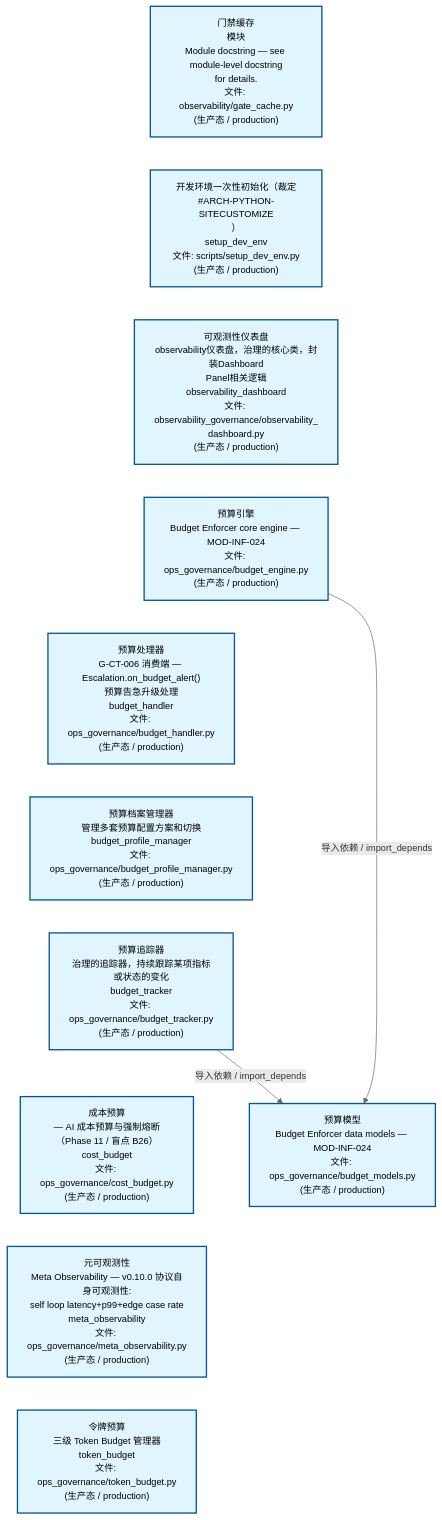
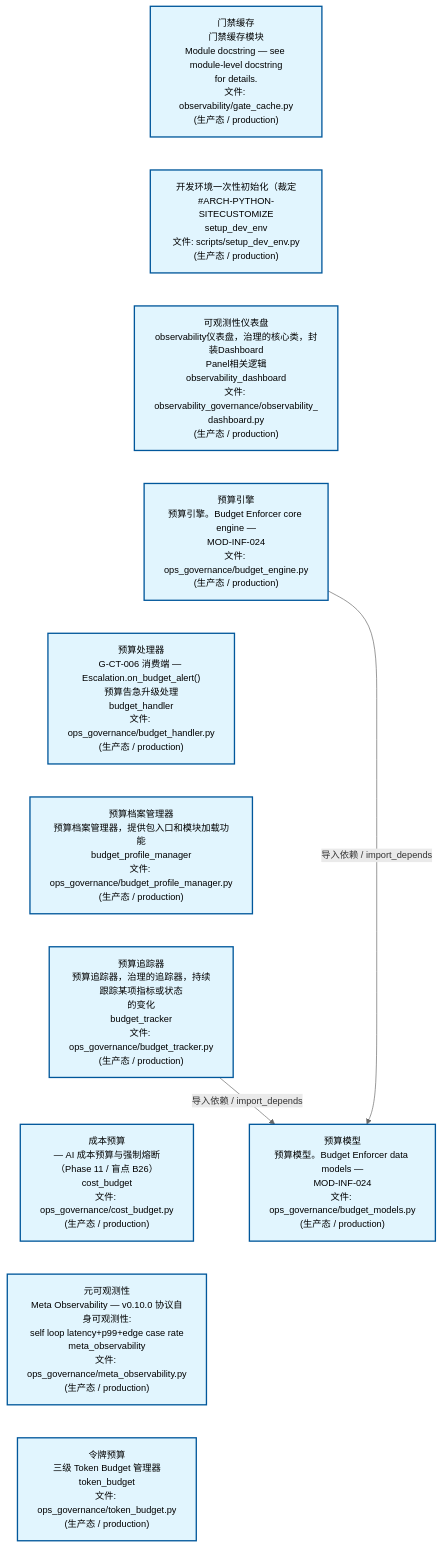
The second of 3 diagrams in docs/02_enterprise_architecture/02_domain_architecture_docs/24_d_ops.md (xuanFelixVan/ZephyrAlpha), drawn with Mermaid before and after one commit. The commit also changed other lines of this file and 63 other files, not shown here.

````diff
--- a/docs/02_enterprise_architecture/02_domain_architecture_docs/24_d_ops.md
+++ b/docs/02_enterprise_architecture/02_domain_architecture_docs/24_d_ops.md
@@ -125,31 +125,31 @@
 ```mermaid
 %%{init: {'theme': 'base', 'themeVariables': {'primaryColor': '#eaeaea', 'primaryTextColor': '#333333', 'primaryBorderColor': '#666666', 'lineColor': '#666666', 'secondaryColor': '#eaeaea', 'tertiaryColor': '#eaeaea', 'fontSize': '14px'}}}%%
 flowchart TD
-    scripts_governance_observability_gate_cache_py["门禁缓存<br/>模块<br/>Module docstring — see module-level docstring<br/>for details.<br/>文件: observability/gate_cache.py<br/>(生产态 / production)"]
-    scripts_setup_dev_env_py["开发环境一次性初始化（裁定<br/>#ARCH-PYTHON-SITECUSTOMIZE<br/>）<br/>setup_dev_env<br/>文件: scripts/setup_dev_env.py<br/>(生产态 / production)"]
+    scripts_governance_observability_gate_cache_py["门禁缓存<br/>门禁缓存模块<br/>Module docstring — see module-level docstring<br/>for details.<br/>文件: observability/gate_cache.py<br/>(生产态 / production)"]
+    scripts_setup_dev_env_py["开发环境一次性初始化（裁定<br/>#ARCH-PYTHON-SITECUSTOMIZE<br/>setup_dev_env<br/>文件: scripts/setup_dev_env.py<br/>(生产态 / production)"]
     src_zephyr_governance_observability_governance_observability_dashboard_py["可观测性仪表盘<br/>observability仪表盘，治理的核心类，封装Dashboard<br/>Panel相关逻辑<br/>observability_dashboard<br/>文件: observability_governance/observability_<br/>dashboard.py<br/>(生产态 / production)"]
-    src_zephyr_governance_ops_governance_budget_engine_py["预算引擎<br/>Budget Enforcer core engine — MOD-INF-024<br/>文件: ops_governance/budget_engine.py<br/>(生产态 / production)"]
+    src_zephyr_governance_ops_governance_budget_engine_py["预算引擎<br/>预算引擎。Budget Enforcer core engine —<br/>MOD-INF-024<br/>文件: ops_governance/budget_engine.py<br/>(生产态 / production)"]
     src_zephyr_governance_ops_governance_budget_handler_py["预算处理器<br/>G-CT-006 消费端 — Escalation.on_budget_alert()<br/>预算告急升级处理<br/>budget_handler<br/>文件: ops_governance/budget_handler.py<br/>(生产态 / production)"]
-    src_zephyr_governance_ops_governance_budget_profile_manager_py["预算档案管理器<br/>管理多套预算配置方案和切换<br/>budget_profile_manager<br/>文件: ops_governance/budget_profile_manager.py<br/>(生产态 / production)"]
-    src_zephyr_governance_ops_governance_budget_tracker_py["预算追踪器<br/>治理的追踪器，持续跟踪某项指标或状态的变化<br/>budget_tracker<br/>文件: ops_governance/budget_tracker.py<br/>(生产态 / production)"]
+    src_zephyr_governance_ops_governance_budget_profile_manager_py["预算档案管理器<br/>预算档案管理器，提供包入口和模块加载功能<br/>budget_profile_manager<br/>文件: ops_governance/budget_profile_manager.py<br/>(生产态 / production)"]
+    src_zephyr_governance_ops_governance_budget_tracker_py["预算追踪器<br/>预算追踪器，治理的追踪器，持续跟踪某项指标或状态<br/>的变化<br/>budget_tracker<br/>文件: ops_governance/budget_tracker.py<br/>(生产态 / production)"]
     src_zephyr_governance_ops_governance_cost_budget_py["成本预算<br/>— AI 成本预算与强制熔断（Phase 11 / 盲点 B26）<br/>cost_budget<br/>文件: ops_governance/cost_budget.py<br/>(生产态 / production)"]
     src_zephyr_governance_ops_governance_meta_observability_py["元可观测性<br/>Meta Observability — v0.10.0 协议自身可观测性:<br/>self loop latency+p99+edge case rate<br/>meta_observability<br/>文件: ops_governance/meta_observability.py<br/>(生产态 / production)"]
     src_zephyr_governance_ops_governance_token_budget_py["令牌预算<br/>三级 Token Budget 管理器<br/>token_budget<br/>文件: ops_governance/token_budget.py<br/>(生产态 / production)"]
     scripts_governance_observability_gate_cache_py ~~~ scripts_setup_dev_env_py
     scripts_setup_dev_env_py ~~~ src_zephyr_governance_observability_governance_observability_dashboard_py
     src_zephyr_governance_observability_governance_observability_dashboard_py ~~~ src_zephyr_governance_ops_governance_budget_engine_py
     src_zephyr_governance_ops_governance_budget_engine_py ~~~ src_zephyr_governance_ops_governance_budget_handler_py
     src_zephyr_governance_ops_governance_budget_handler_py ~~~ src_zephyr_governance_ops_governance_budget_profile_manager_py
     src_zephyr_governance_ops_governance_budget_profile_manager_py ~~~ src_zephyr_governance_ops_governance_budget_tracker_py
     src_zephyr_governance_ops_governance_budget_tracker_py ~~~ src_zephyr_governance_ops_governance_cost_budget_py
     src_zephyr_governance_ops_governance_cost_budget_py ~~~ src_zephyr_governance_ops_governance_meta_observability_py
     src_zephyr_governance_ops_governance_meta_observability_py ~~~ src_zephyr_governance_ops_governance_token_budget_py
-    src_zephyr_governance_ops_governance_budget_models_py["预算模型<br/>Budget Enforcer data models — MOD-INF-024<br/>文件: ops_governance/budget_models.py<br/>(生产态 / production)"]
+    src_zephyr_governance_ops_governance_budget_models_py["预算模型<br/>预算模型。Budget Enforcer data models —<br/>MOD-INF-024<br/>文件: ops_governance/budget_models.py<br/>(生产态 / production)"]
     src_zephyr_governance_ops_governance_budget_engine_py -->|导入依赖 / import_depends| src_zephyr_governance_ops_governance_budget_models_py
     src_zephyr_governance_ops_governance_budget_tracker_py -->|导入依赖 / import_depends| src_zephyr_governance_ops_governance_budget_models_py
     classDef production fill:#e1f5fe,stroke:#01579b,stroke-width:2px,color:#000
     classDef design fill:#fff3e0,stroke:#e65100,stroke-width:2px,color:#000,stroke-dasharray: 5 5
     classDef external_prod fill:#e8f4fd,stroke:#0277bd,stroke-width:1px,color:#000
     classDef external_design fill:#fff8e7,stroke:#ef6c00,stroke-width:1px,color:#000,stroke-dasharray: 5 5
     class scripts_governance_observability_gate_cache_py,scripts_setup_dev_env_py,src_zephyr_governance_observability_governance_observability_dashboard_py,src_zephyr_governance_ops_governance_budget_engine_py,src_zephyr_governance_ops_governance_budget_handler_py,src_zephyr_governance_ops_governance_budget_models_py,src_zephyr_governance_ops_governance_budget_profile_manager_py,src_zephyr_governance_ops_governance_budget_tracker_py,src_zephyr_governance_ops_governance_cost_budget_py,src_zephyr_governance_ops_governance_meta_observability_py,src_zephyr_governance_ops_governance_token_budget_py production
 ```
````
